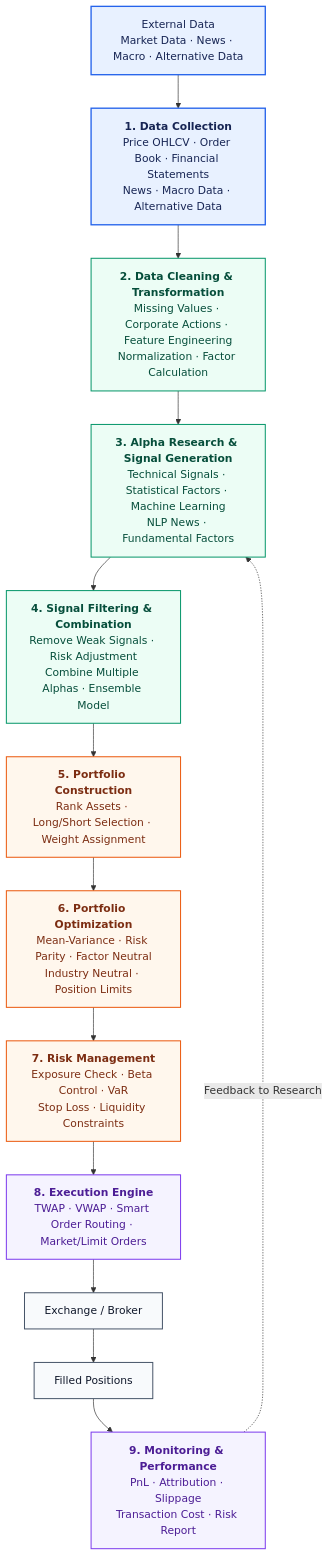
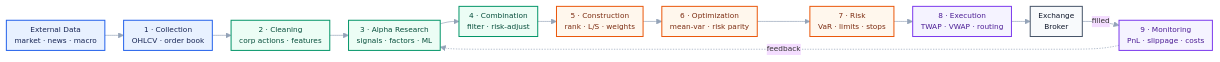
The diagram in README.md (Harrybido2711/CTA_Strategy), drawn with Mermaid before and after one commit. The commit also changed other lines of this file and 30 other files, not shown here.

````diff
--- a/README.md
+++ b/README.md
@@ -5,32 +13,31 @@
 ```mermaid
-flowchart TD
-    EXT["External Data<br/>Market Data · News · Macro · Alternative Data"]
-
-    DC["<b>1. Data Collection</b><br/>Price OHLCV · Order Book · Financial Statements<br/>News · Macro Data · Alternative Data"]
-    CLEAN["<b>2. Data Cleaning & Transformation</b><br/>Missing Values · Corporate Actions · Feature Engineering<br/>Normalization · Factor Calculation"]
-    ALPHA["<b>3. Alpha Research & Signal Generation</b><br/>Technical Signals · Statistical Factors · Machine Learning<br/>NLP News · Fundamental Factors"]
-    FILTER["<b>4. Signal Filtering & Combination</b><br/>Remove Weak Signals · Risk Adjustment<br/>Combine Multiple Alphas · Ensemble Model"]
-    PORT["<b>5. Portfolio Construction</b><br/>Rank Assets · Long/Short Selection · Weight Assignment"]
-    OPT["<b>6. Portfolio Optimization</b><br/>Mean-Variance · Risk Parity · Factor Neutral<br/>Industry Neutral · Position Limits"]
-    RISK["<b>7. Risk Management</b><br/>Exposure Check · Beta Control · VaR<br/>Stop Loss · Liquidity Constraints"]
-    EXEC["<b>8. Execution Engine</b><br/>TWAP · VWAP · Smart Order Routing · Market/Limit Orders"]
-    MARKET["Exchange / Broker"]
-    FILLED["Filled Positions"]
-    MON["<b>9. Monitoring & Performance</b><br/>PnL · Attribution · Slippage<br/>Transaction Cost · Risk Report"]
+%%{init: {'theme':'base','themeVariables':{'fontSize':'11px','lineColor':'#94a3b8'},'flowchart':{'nodeSpacing':18,'rankSpacing':28,'padding':6}}}%%
+flowchart LR
+    EXT["External Data<br/>market · news · macro"]
+    DC["1 · Collection<br/>OHLCV · order book"]
+    CLEAN["2 · Cleaning<br/>corp actions · features"]
+    ALPHA["3 · Alpha Research<br/>signals · factors · ML"]
+    FILTER["4 · Combination<br/>filter · risk-adjust"]
+    PORT["5 · Construction<br/>rank · L/S · weights"]
+    OPT["6 · Optimization<br/>mean-var · risk parity"]
+    RISK["7 · Risk<br/>VaR · limits · stops"]
+    EXEC["8 · Execution<br/>TWAP · VWAP · routing"]
+    MARKET["Exchange<br/>Broker"]
+    MON["9 · Monitoring<br/>PnL · slippage · costs"]
 
     EXT --> DC --> CLEAN --> ALPHA --> FILTER --> PORT --> OPT --> RISK --> EXEC
-    EXEC --> MARKET --> FILLED --> MON
-    MON -. "Feedback to Research" .-> ALPHA
+    EXEC --> MARKET -- filled --> MON
+    MON -. feedback .-> ALPHA
 
-    classDef source fill:#e8f1ff,stroke:#2563eb,color:#172554,stroke-width:2px;
+    classDef source fill:#e8f1ff,stroke:#2563eb,color:#172554,stroke-width:1.5px;
     classDef research fill:#ecfdf5,stroke:#059669,color:#064e3b,stroke-width:1.5px;
     classDef portfolio fill:#fff7ed,stroke:#ea580c,color:#7c2d12,stroke-width:1.5px;
     classDef execution fill:#f5f3ff,stroke:#7c3aed,color:#4c1d95,stroke-width:1.5px;
     classDef venue fill:#f8fafc,stroke:#475569,color:#0f172a,stroke-width:1.5px;
 
     class EXT,DC source;
     class CLEAN,ALPHA,FILTER research;
     class PORT,OPT,RISK portfolio;
     class EXEC,MON execution;
-    class MARKET,FILLED venue;
+    class MARKET venue;
 ```
````
